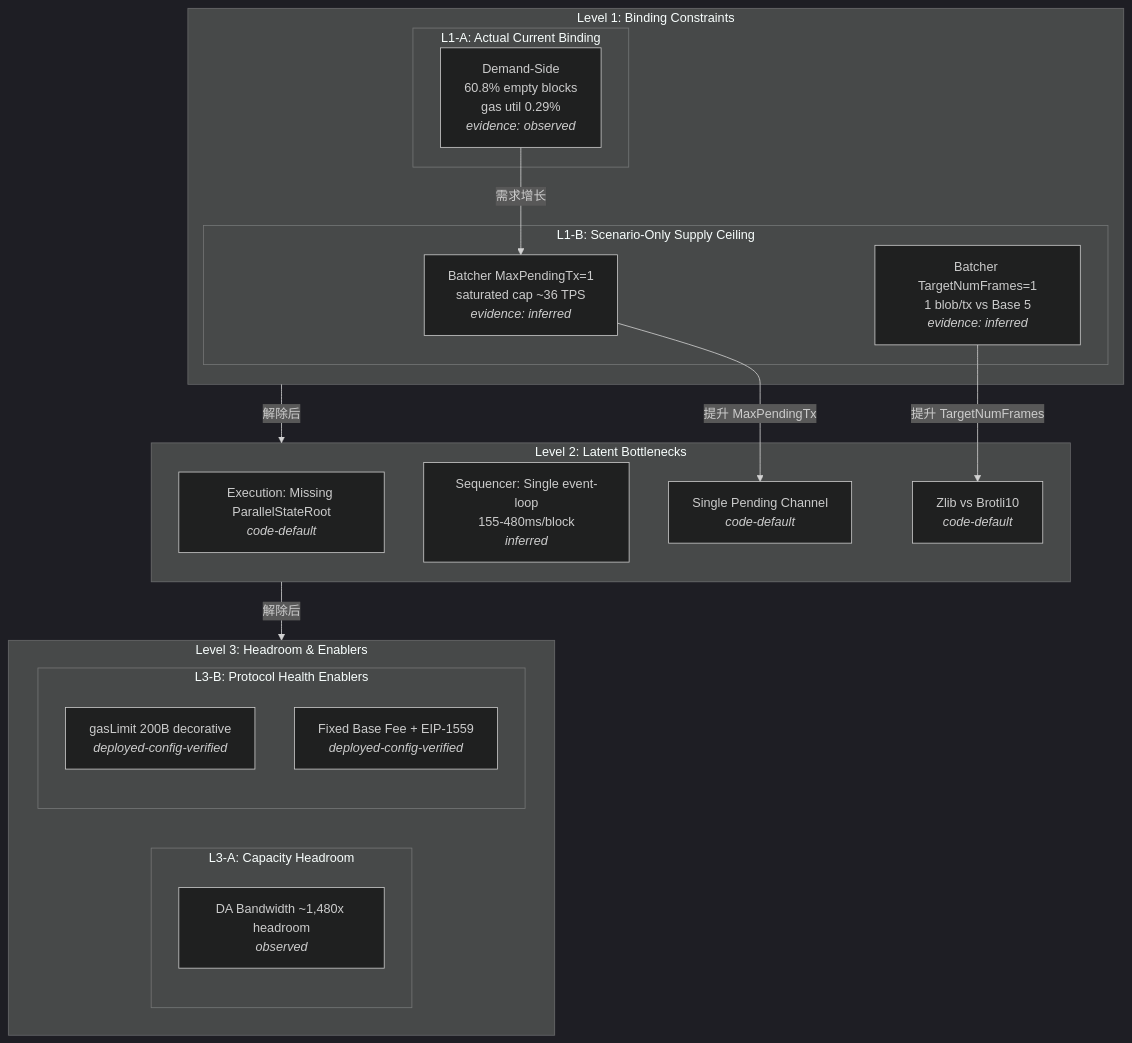
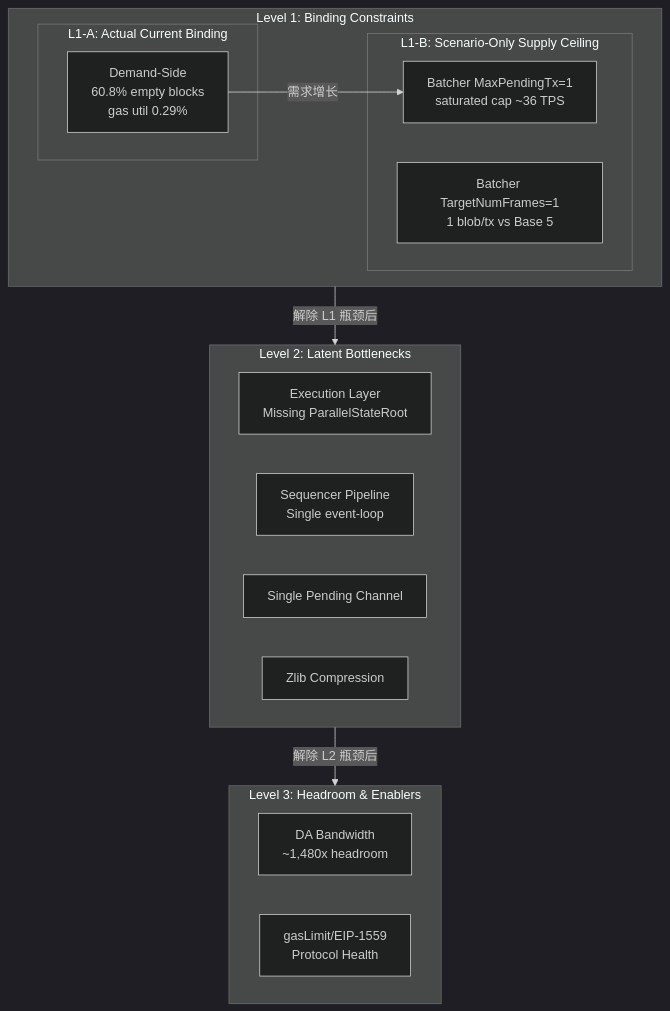
Before and after one commit to Whisker17/multica-research: the first of 2 diagrams in base-perf-analysis/report/final-report.md, drawn with Mermaid (dark theme). The commit also changed other lines of this file, not shown here.

First line of the commit message:
integrate(base-perf-analysis): update final report with v3 synthesis (WHI-63, 0308667)

````diff
--- a/base-perf-analysis/report/final-report.md
+++ b/base-perf-analysis/report/final-report.md
@@ -91,35 +381,25 @@
 ```mermaid
 flowchart TB
     subgraph L1["Level 1: Binding Constraints"]
         subgraph L1A["L1-A: Actual Current Binding"]
-            D["Demand-Side<br/>60.8% empty blocks<br/>gas util 0.29%<br/><i>evidence: observed</i>"]
+            D["Demand-Side<br/>60.8% empty blocks<br/>gas util 0.29%"]
         end
         subgraph L1B["L1-B: Scenario-Only Supply Ceiling"]
-            B1["Batcher MaxPendingTx=1<br/>saturated cap ~36 TPS<br/><i>evidence: inferred</i>"]
-            B2["Batcher TargetNumFrames=1<br/>1 blob/tx vs Base 5<br/><i>evidence: inferred</i>"]
+            B1["Batcher MaxPendingTx=1<br/>saturated cap ~36 TPS"]
+            B2["Batcher TargetNumFrames=1<br/>1 blob/tx vs Base 5"]
         end
     end
-
     subgraph L2["Level 2: Latent Bottlenecks"]
-        E["Execution: Missing ParallelStateRoot<br/><i>code-default</i>"]
-        S["Sequencer: Single event-loop<br/>155-480ms/block<br/><i>inferred</i>"]
-        CH["Single Pending Channel<br/><i>code-default</i>"]
-        Z["Zlib vs Brotli10<br/><i>code-default</i>"]
+        E["Execution Layer<br/>Missing ParallelStateRoot"]
+        S["Sequencer Pipeline<br/>Single event-loop"]
+        CH["Single Pending Channel"]
+        Z["Zlib Compression"]
     end
-
     subgraph L3["Level 3: Headroom & Enablers"]
-        subgraph L3A["L3-A: Capacity Headroom"]
-            DA["DA Bandwidth ~1,480x headroom<br/><i>observed</i>"]
-        end
-        subgraph L3B["L3-B: Protocol Health Enablers"]
-            G["gasLimit 200B decorative<br/><i>deployed-config-verified</i>"]
-            FP["Fixed Base Fee + EIP-1559<br/><i>deployed-config-verified</i>"]
-        end
+        DA["DA Bandwidth<br/>~1,480x headroom"]
+        G["gasLimit/EIP-1559<br/>Protocol Health"]
     end
-
+    L1 -->|"解除 L1 瓶颈后"| L2
+    L2 -->|"解除 L2 瓶颈后"| L3
     D -->|"需求增长"| B1
-    B1 -->|"提升 MaxPendingTx"| CH
-    B2 -->|"提升 TargetNumFrames"| Z
-    L1 -->|"解除后"| L2
-    L2 -->|"解除后"| L3
 ```
````
